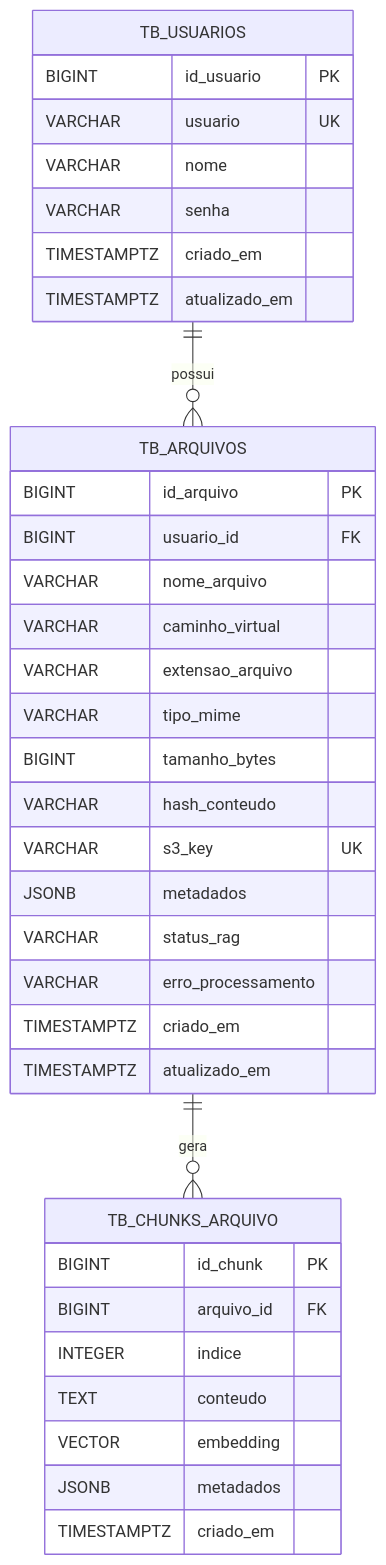
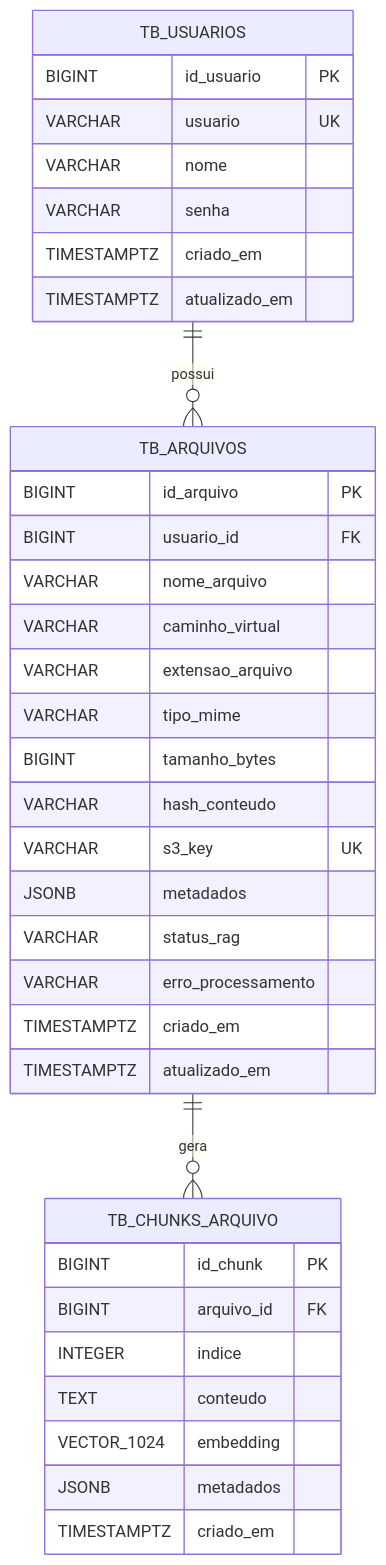
Before and after one commit to VictorKLing/filemind-documentacao: the diagram in banco-de-dados/MODELAGEM-MVP.md, drawn with Mermaid. The commit also changed other lines of this file and 3 other files, not shown here.

````diff
--- a/banco-de-dados/MODELAGEM-MVP.md
+++ b/banco-de-dados/MODELAGEM-MVP.md
@@ -86,41 +86,41 @@
 ```mermaid
 erDiagram
     TB_USUARIOS ||--o{ TB_ARQUIVOS : possui
     TB_ARQUIVOS ||--o{ TB_CHUNKS_ARQUIVO : gera
 
     TB_USUARIOS {
         BIGINT id_usuario PK
         VARCHAR usuario UK
         VARCHAR nome
         VARCHAR senha
         TIMESTAMPTZ criado_em
         TIMESTAMPTZ atualizado_em
     }
 
     TB_ARQUIVOS {
         BIGINT id_arquivo PK
         BIGINT usuario_id FK
         VARCHAR nome_arquivo
         VARCHAR caminho_virtual
         VARCHAR extensao_arquivo
         VARCHAR tipo_mime
         BIGINT tamanho_bytes
         VARCHAR hash_conteudo
         VARCHAR s3_key UK
         JSONB metadados
         VARCHAR status_rag
         VARCHAR erro_processamento
         TIMESTAMPTZ criado_em
         TIMESTAMPTZ atualizado_em
     }
 
     TB_CHUNKS_ARQUIVO {
         BIGINT id_chunk PK
         BIGINT arquivo_id FK
         INTEGER indice
         TEXT conteudo
-        VECTOR embedding
+        VECTOR_1024 embedding
         JSONB metadados
         TIMESTAMPTZ criado_em
     }
 ```
````
